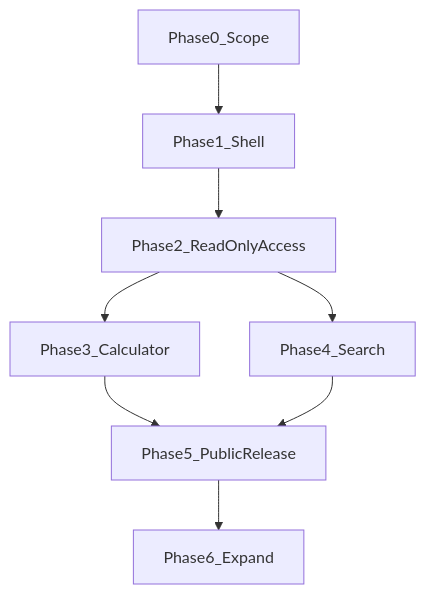
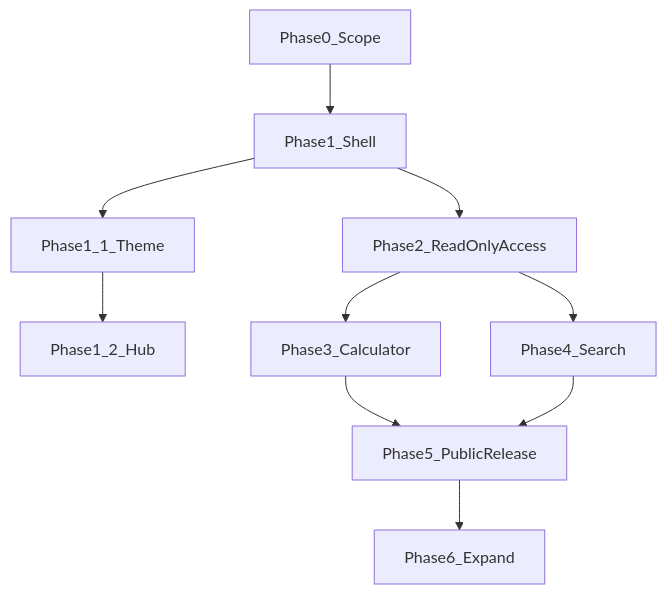
The diagram in .cursor/plans/public_site_phased_plan_61f65cba.plan.md (AnotherAurora/MotherTree), drawn with Mermaid before and after one commit. The commit also changed other lines of this file and 9 other files, not shown here.

````diff
--- a/.cursor/plans/public_site_phased_plan_61f65cba.plan.md
+++ b/.cursor/plans/public_site_phased_plan_61f65cba.plan.md
@@ -54,16 +60,19 @@
 ```mermaid
 flowchart TD
   P0[Phase0_Scope]
   P1[Phase1_Shell]
+  P1_1[Phase1_1_Theme]
+  P1_2[Phase1_2_Hub]
   P2[Phase2_ReadOnlyAccess]
   P3[Phase3_Calculator]
   P4[Phase4_Search]
   P5[Phase5_PublicRelease]
   P6[Phase6_Expand]
-  P0 --> P1 --> P2
+  P0 --> P1 --> P1_1 --> P1_2
+  P1 --> P2
   P2 --> P3
   P2 --> P4
   P3 --> P5
   P4 --> P5
   P5 --> P6
 ```
````
